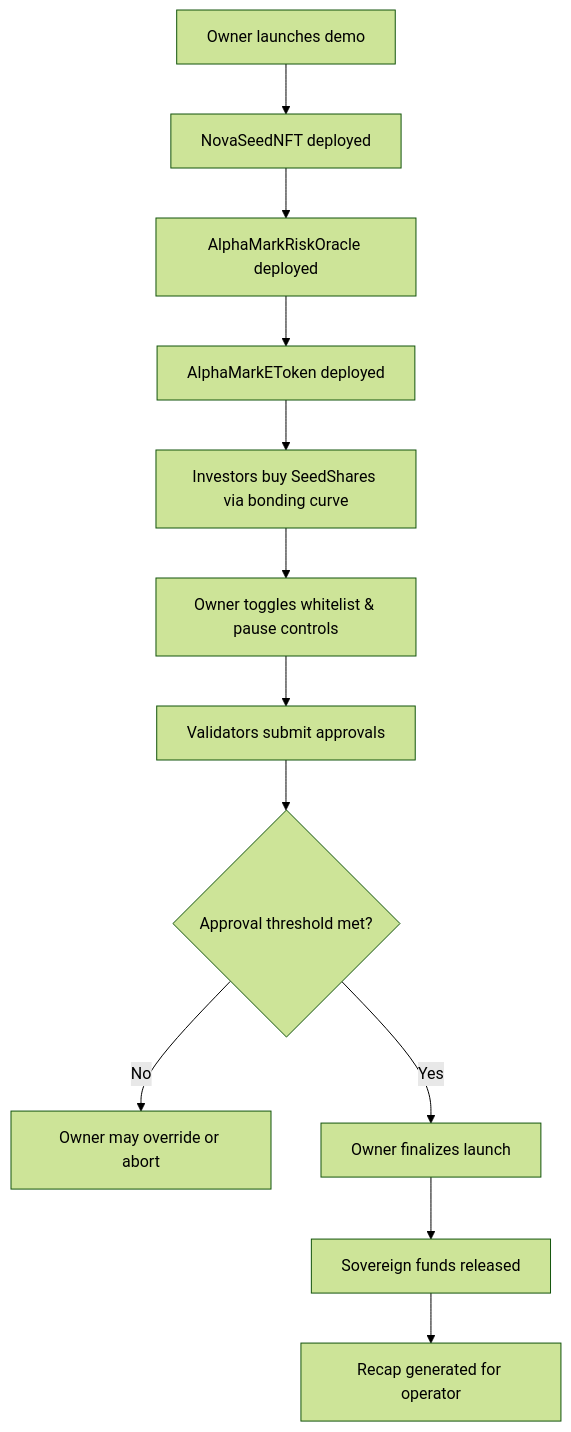
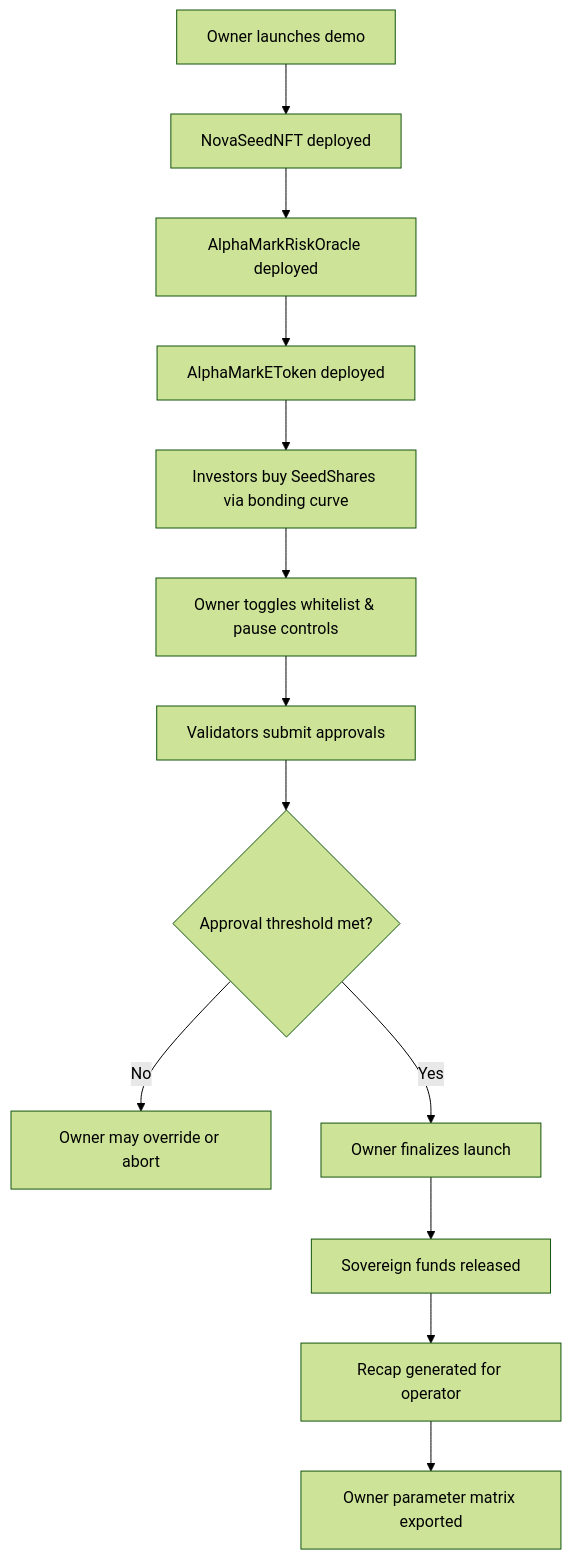
One commit to MontrealAI/AGIJobsv0 changed the diagram in demo/alpha-agi-mark/runbooks/alpha-agi-mark-flow.mmd. Above: the diagram before and after it, drawn with Mermaid (forest theme). The commit also changed 8 other files, not shown here.

````diff
--- a/demo/alpha-agi-mark/runbooks/alpha-agi-mark-flow.mmd
+++ b/demo/alpha-agi-mark/runbooks/alpha-agi-mark-flow.mmd
@@ -1,14 +1,15 @@
 ```mermaid
 graph TD
     A[Owner launches demo] --> B[NovaSeedNFT deployed]
     B --> C[AlphaMarkRiskOracle deployed]
     C --> D[AlphaMarkEToken deployed]
     D --> E[Investors buy SeedShares via bonding curve]
     E --> F[Owner toggles whitelist & pause controls]
     F --> G[Validators submit approvals]
     G --> H{Approval threshold met?}
     H -- No --> I[Owner may override or abort]
     H -- Yes --> J[Owner finalizes launch]
     J --> K[Sovereign funds released]
     K --> L[Recap generated for operator]
+    L --> M[Owner parameter matrix exported]
 ```
````
